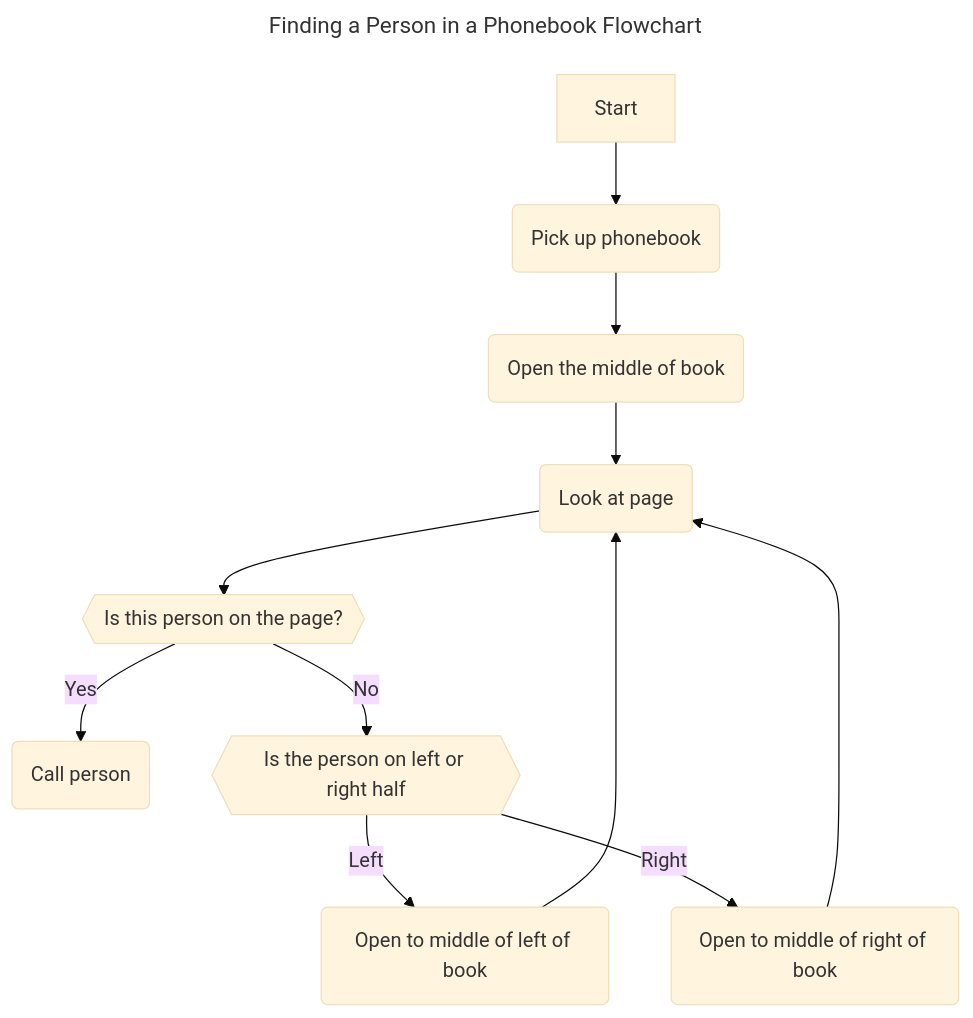
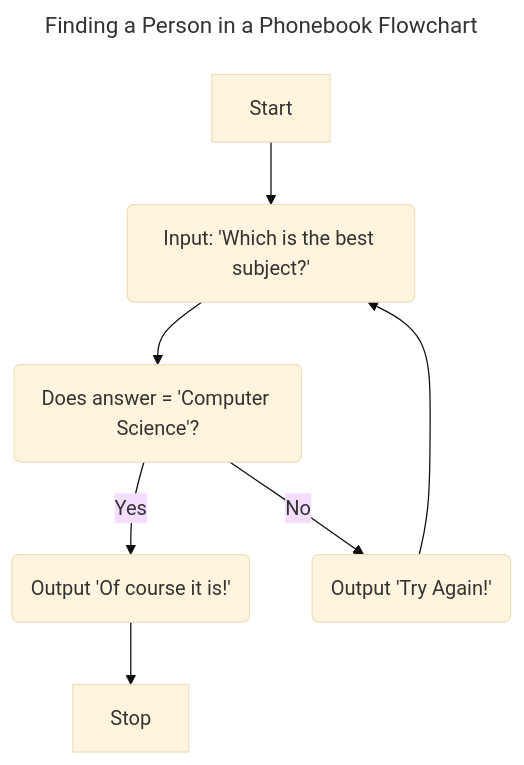
Before and after one commit to jayshozie/ceng240: the diagram in notes4newbies/W02-intro-to-algorithms-and-programming-languages.md, drawn with Mermaid (base theme).

````diff
--- a/notes4newbies/W02-intro-to-algorithms-and-programming-languages.md
+++ b/notes4newbies/W02-intro-to-algorithms-and-programming-languages.md
@@ -137,16 +197,12 @@
 ```mermaid
 ---
 title: Finding a Person in a Phonebook Flowchart
 ---
 flowchart TB;
-    id1[Start] --> id2(Pick up phonebook);
-    id2(Pick up phonebook) --> id3(Open the middle of book);
-    id3(Open the middle of book) --> id4(Look at page);
-    id4(Look at page) --> id5{{Is person on the page?}};
-    id5{{Is this person on the page?}} -->|Yes|id7(Call person);
-    id5{{Is this person on the page?}} -->|No|id8{{Is the person on left or right half}};
-    id8{{Is the person on left or right half}} -->|Left|id9(Open to middle of left of book);
-    id8{{Is the person on left or right half}} -->|Right|id10(Open to middle of right of book);
-    id9(Open to middle of left of book) --> id4(Look at page);
-    id10(Open to middle of right of book) --> id4(Look at page);
+    id1[Start] --> id2(Input: 'Which is the best subject?');
+    id2(Input: 'Which is the best subject?') --> id3(Does answer = 'Computer Science'?);
+    id3(Does answer = 'Computer Science'?) -->|Yes|id4(Output 'Of course it is!');
+    id3(Does answer = 'Computer Science'?) -->|No|id5(Output 'Try Again!');
+    id5(Output 'Try Again!') --> id2(Input: 'Which is the best subject?');
+    id4(Output 'Of course it is!') --> id6[Stop]
 ```
````
